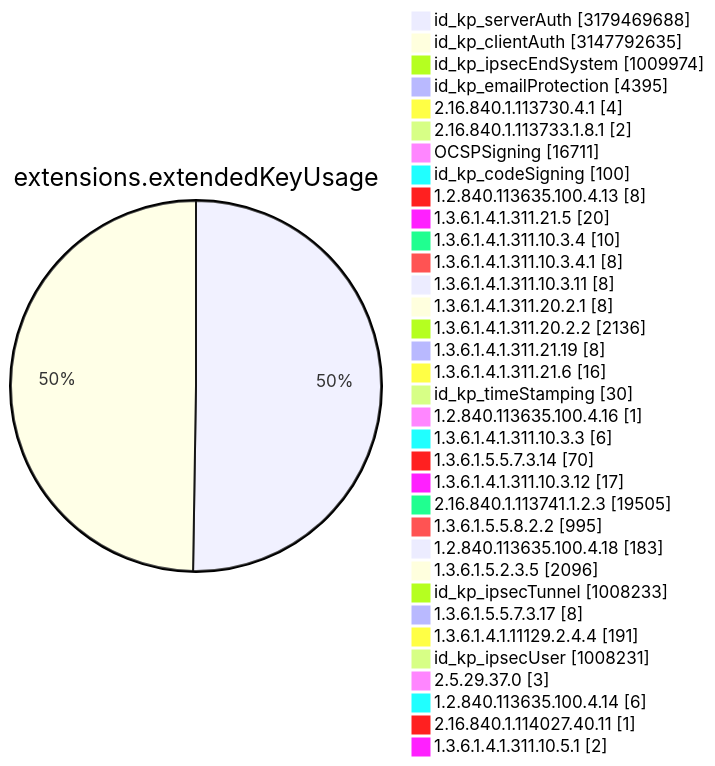
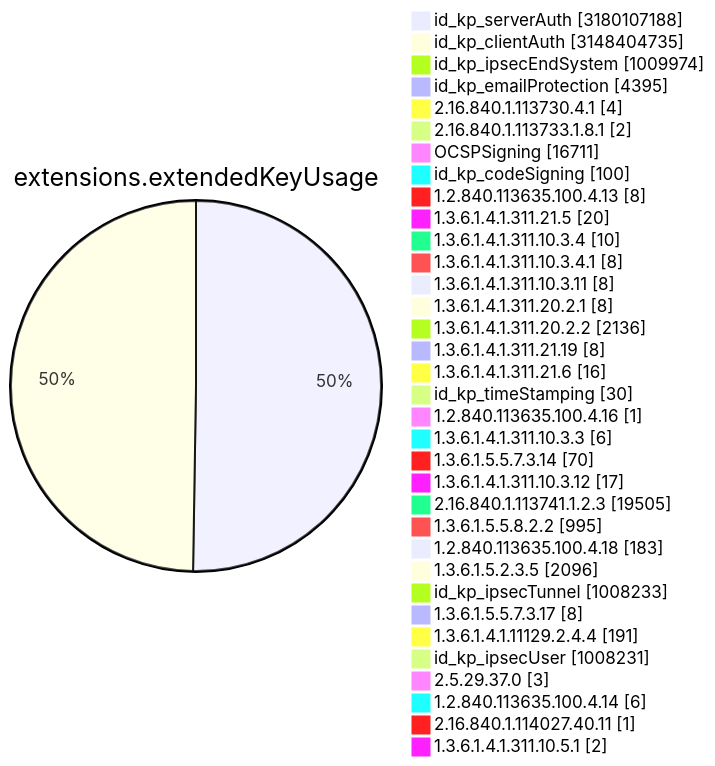
Diagram 11 of 15 in TOTAL/README.md (christiankrug/ctmonitor_visualization), drawn with Mermaid before and after one commit. The commit also changed other lines of this file, not shown here.

````diff
--- a/TOTAL/README.md
+++ b/TOTAL/README.md
@@ -4119,38 +4119,38 @@
 ```mermaid
 pie showData
 title extensions.extendedKeyUsage
-"id_kp_serverAuth" :3179469688
-"id_kp_clientAuth" :3147792635
+"id_kp_serverAuth" :3180107188
+"id_kp_clientAuth" :3148404735
 "id_kp_ipsecEndSystem" :1009974
 "id_kp_emailProtection" :4395
 "2.16.840.1.113730.4.1" :4
 "2.16.840.1.113733.1.8.1" :2
 "OCSPSigning" :16711
 "id_kp_codeSigning" :100
 "1.2.840.113635.100.4.13" :8
 "1.3.6.1.4.1.311.21.5" :20
 "1.3.6.1.4.1.311.10.3.4" :10
 "1.3.6.1.4.1.311.10.3.4.1" :8
 "1.3.6.1.4.1.311.10.3.11" :8
 "1.3.6.1.4.1.311.20.2.1" :8
 "1.3.6.1.4.1.311.20.2.2" :2136
 "1.3.6.1.4.1.311.21.19" :8
 "1.3.6.1.4.1.311.21.6" :16
 "id_kp_timeStamping" :30
 "1.2.840.113635.100.4.16" :1
 "1.3.6.1.4.1.311.10.3.3" :6
 "1.3.6.1.5.5.7.3.14" :70
 "1.3.6.1.4.1.311.10.3.12" :17
 "2.16.840.1.113741.1.2.3" :19505
 "1.3.6.1.5.5.8.2.2" :995
 "1.2.840.113635.100.4.18" :183
 "1.3.6.1.5.2.3.5" :2096
 "id_kp_ipsecTunnel" :1008233
 "1.3.6.1.5.5.7.3.17" :8
 "1.3.6.1.4.1.11129.2.4.4" :191
 "id_kp_ipsecUser" :1008231
 "2.5.29.37.0" :3
 "1.2.840.113635.100.4.14" :6
 "2.16.840.1.114027.40.11" :1
 "1.3.6.1.4.1.311.10.5.1" :2
 ```
````
